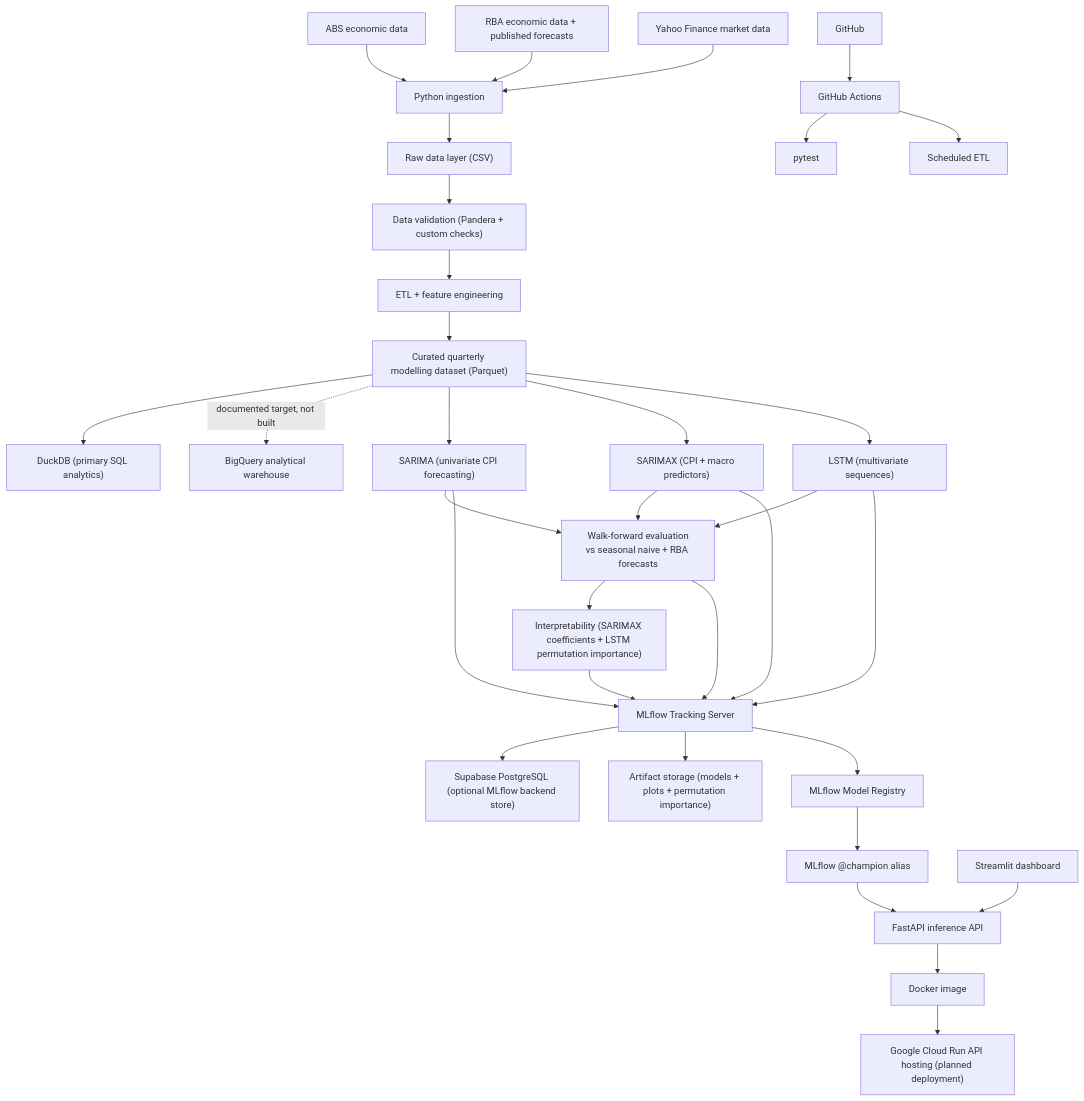
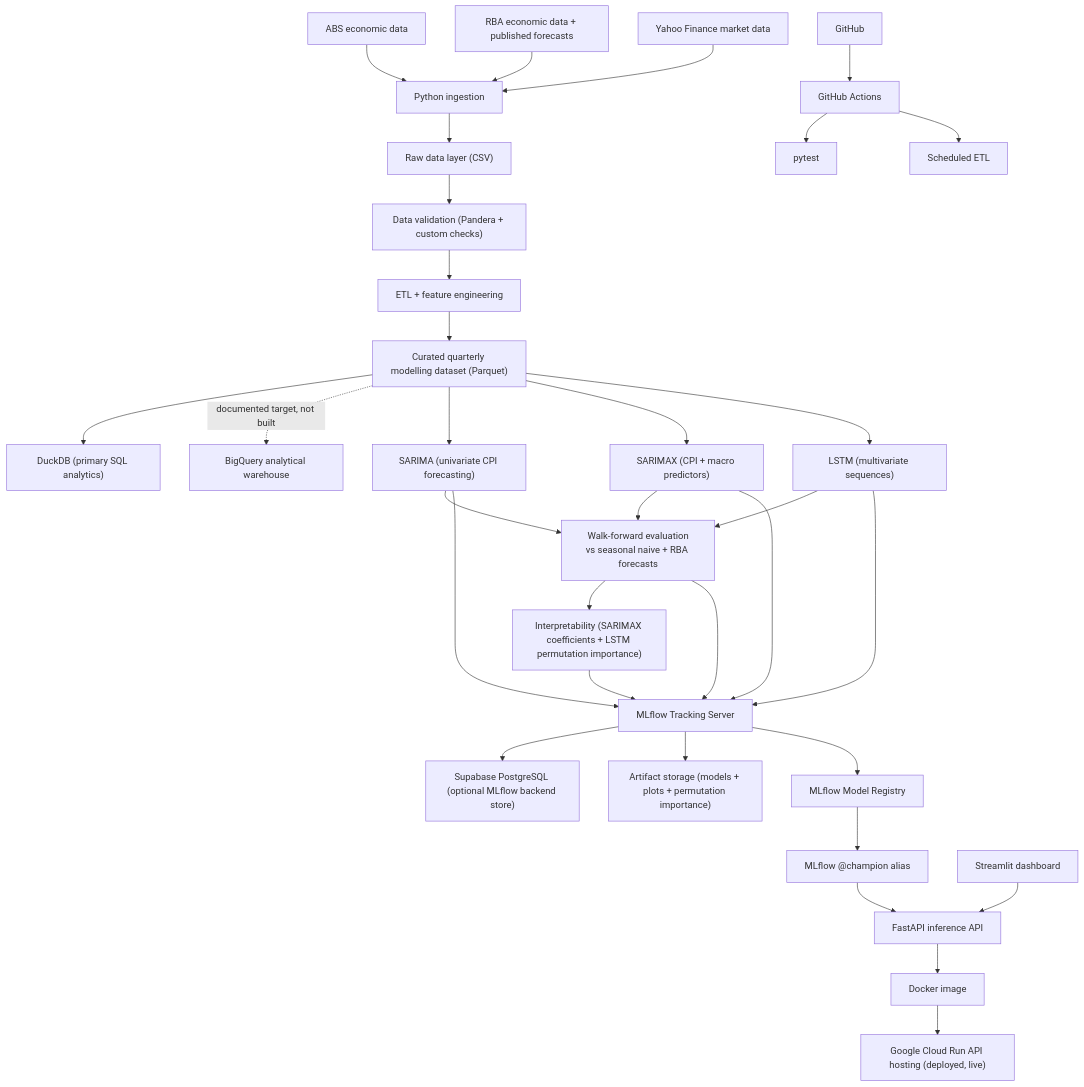
The diagram in README.md (JuanVu1810/Australian-CPI-Forecast), drawn with Mermaid before and after one commit. The commit also changed other lines of this file, not shown here.

First line of the commit message:
Correct README: FastAPI/Cloud Run is actually deployed and live, just stale

````diff
--- a/README.md
+++ b/README.md
@@ -372,46 +373,46 @@
 ```mermaid
 flowchart TD
     ABS["ABS economic data"] --> INGEST["Python ingestion"]
     RBA["RBA economic data + published forecasts"] --> INGEST
     YF["Yahoo Finance market data"] --> INGEST
 
     INGEST --> RAW["Raw data layer (CSV)"]
     RAW --> VALIDATE["Data validation (Pandera + custom checks)"]
     VALIDATE --> ETL["ETL + feature engineering"]
     ETL --> CURATED["Curated quarterly modelling dataset (Parquet)"]
 
     CURATED --> DUCKDB["DuckDB (primary SQL analytics)"]
     CURATED -. "documented target, not built" .-> BQ["BigQuery analytical warehouse"]
 
     CURATED --> SARIMA["SARIMA (univariate CPI forecasting)"]
     CURATED --> SARIMAX["SARIMAX (CPI + macro predictors)"]
     CURATED --> LSTM["LSTM (multivariate sequences)"]
 
     SARIMA --> EVAL["Walk-forward evaluation<br/>vs seasonal naive + RBA forecasts"]
     SARIMAX --> EVAL
     LSTM --> EVAL
 
     EVAL --> INTERP["Interpretability (SARIMAX coefficients + LSTM permutation importance)"]
 
     SARIMA --> MLFLOW["MLflow Tracking Server"]
     SARIMAX --> MLFLOW
     LSTM --> MLFLOW
     EVAL --> MLFLOW
     INTERP --> MLFLOW
 
     MLFLOW --> POSTGRES["Supabase PostgreSQL (optional MLflow backend store)"]
     MLFLOW --> ARTIFACTS["Artifact storage (models + plots + permutation importance)"]
     MLFLOW --> REGISTRY["MLflow Model Registry"]
 
     REGISTRY --> CHAMPION["MLflow @champion alias"]
     CHAMPION --> API["FastAPI inference API"]
 
     STREAMLIT["Streamlit dashboard"] --> API
 
     API --> DOCKER["Docker image"]
-    DOCKER --> CLOUDRUN["Google Cloud Run API hosting (planned deployment)"]
+    DOCKER --> CLOUDRUN["Google Cloud Run API hosting (deployed, live)"]
 
     GITHUB["GitHub"] --> ACTIONS["GitHub Actions"]
     ACTIONS --> TESTS["pytest"]
     ACTIONS --> SCHEDULE["Scheduled ETL"]
 ```
````
